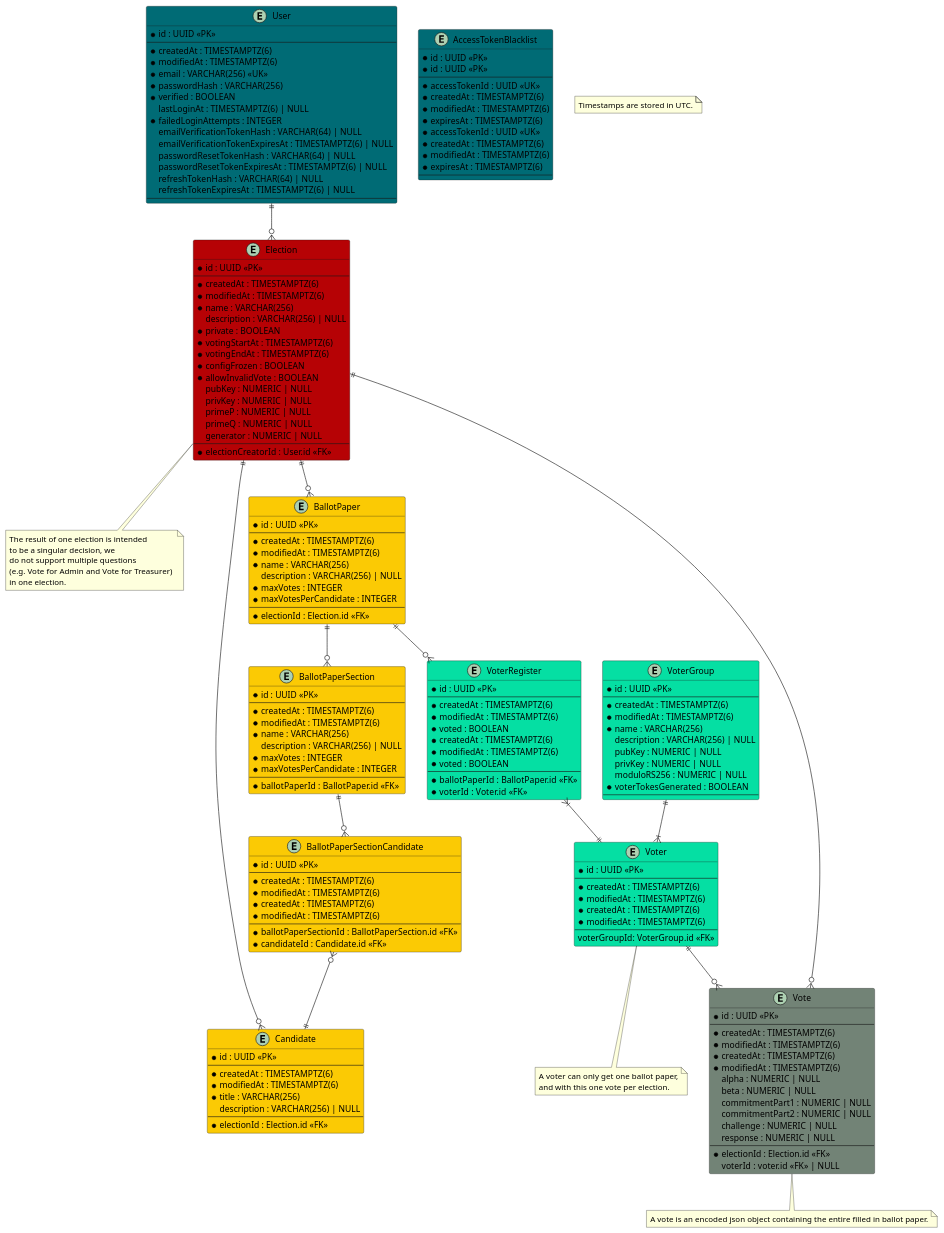
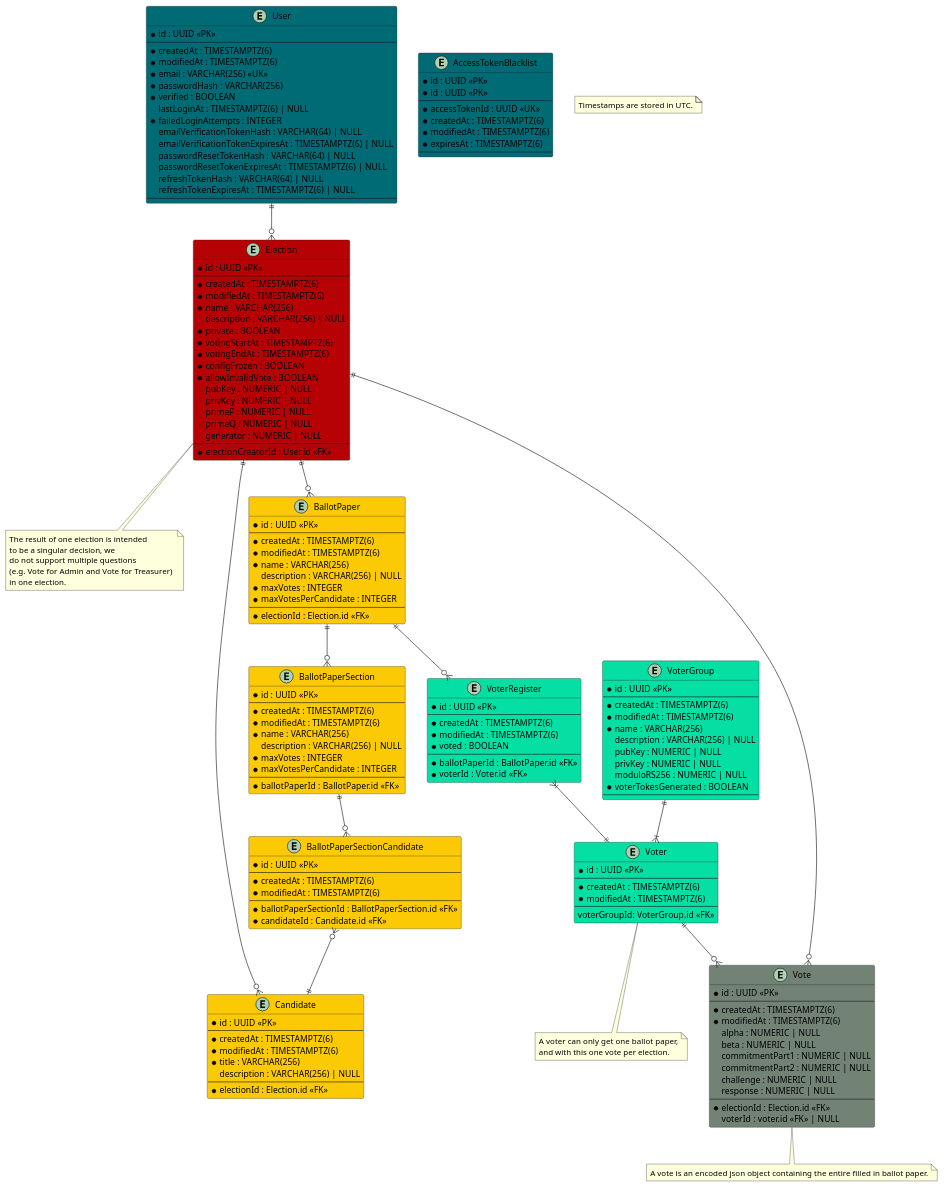
One commit to SE-UUlm/votura changed the diagram in apps/docs/static/uml/dataModel.puml. Above: the diagram before and after it, drawn with PlantUML.

Commit message:
#119: remove duplicates in UML

```diff
--- a/apps/docs/static/uml/dataModel.puml
+++ b/apps/docs/static/uml/dataModel.puml
@@ -26,10 +26,6 @@
     * id : UUID <<PK>>
     * id : UUID <<PK>>
     --
-    * accessTokenId : UUID <<UK>>
-    * createdAt : TIMESTAMPTZ(6)
-    * modifiedAt : TIMESTAMPTZ(6)
-    * expiresAt : TIMESTAMPTZ(6)
     * accessTokenId : UUID <<UK>>
     * createdAt : TIMESTAMPTZ(6)
     * modifiedAt : TIMESTAMPTZ(6)
@@ -103,8 +99,6 @@
     --
     * createdAt : TIMESTAMPTZ(6)
     * modifiedAt : TIMESTAMPTZ(6)
-    * createdAt : TIMESTAMPTZ(6)
-    * modifiedAt : TIMESTAMPTZ(6)
     --
     * ballotPaperSectionId : BallotPaperSection.id <<FK>>
     * candidateId : Candidate.id <<FK>>
@@ -124,8 +118,6 @@
 entity "Vote" as votes #728376 {
     * id : UUID <<PK>>
     --
-    * createdAt : TIMESTAMPTZ(6)
-    * modifiedAt : TIMESTAMPTZ(6)
     * createdAt : TIMESTAMPTZ(6)
     * modifiedAt : TIMESTAMPTZ(6)
     alpha : NUMERIC | NULL
@@ -149,9 +141,6 @@
     * createdAt : TIMESTAMPTZ(6)
     * modifiedAt : TIMESTAMPTZ(6)
     * voted : BOOLEAN
-    * createdAt : TIMESTAMPTZ(6)
-    * modifiedAt : TIMESTAMPTZ(6)
-    * voted : BOOLEAN
     --
     * ballotPaperId : BallotPaper.id <<FK>>
     * voterId : Voter.id <<FK>>
@@ -160,8 +149,6 @@
 entity "Voter" as voters #05DFA3 {
     * id : UUID <<PK>>
     --
-    * createdAt : TIMESTAMPTZ(6)
-    * modifiedAt : TIMESTAMPTZ(6)
     * createdAt : TIMESTAMPTZ(6)
     * modifiedAt : TIMESTAMPTZ(6)
     --
```
